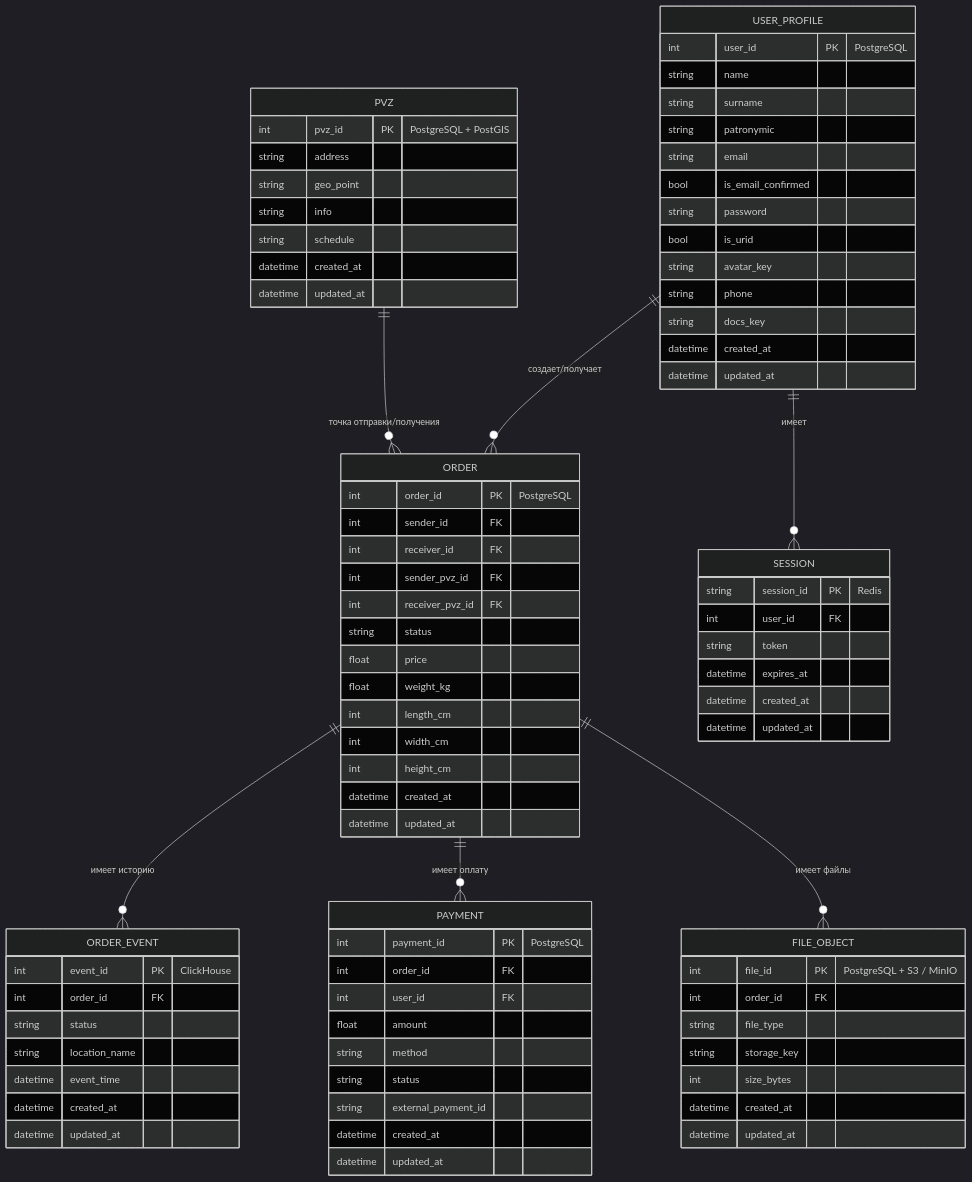
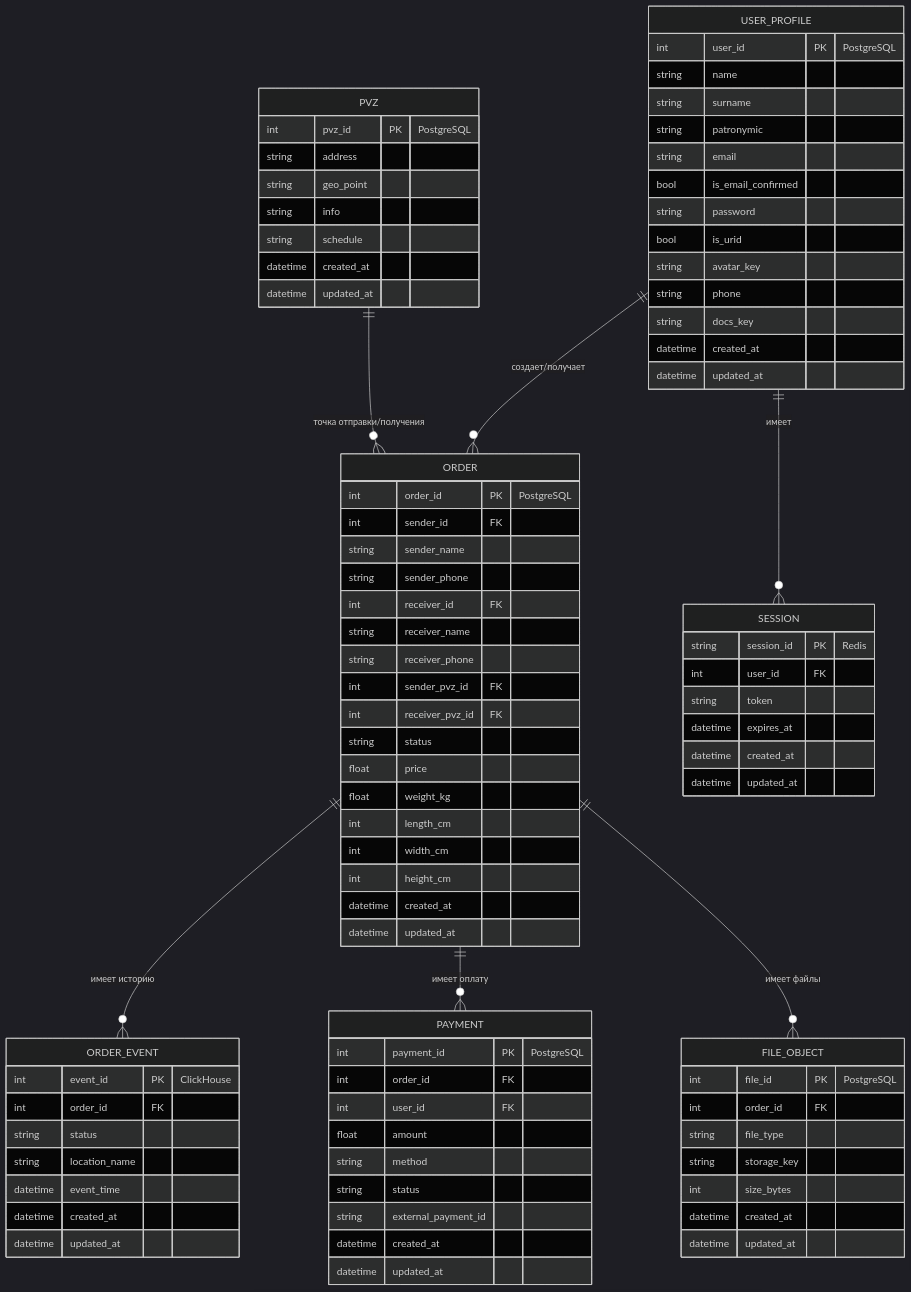
One commit to niggumin/highload changed the second of 3 diagrams in README.md. Above: the diagram before and after it, drawn with Mermaid (dark theme). The commit also changed other lines of this file, not shown here.

```diff
--- a/README.md
+++ b/README.md
@@ -325,7 +330,11 @@
     ORDER {
         int order_id PK "PostgreSQL"
         int sender_id FK
+        string sender_name
+        string sender_phone
         int receiver_id FK
+        string receiver_name
+        string receiver_phone
         int sender_pvz_id FK
         int receiver_pvz_id FK
         string status
@@ -361,7 +370,7 @@
     }
 
     PVZ {
-        int pvz_id PK "PostgreSQL + PostGIS"
+        int pvz_id PK "PostgreSQL"
         string address
         string geo_point
         string info
@@ -380,7 +389,7 @@
     }
 
     FILE_OBJECT {
-        int file_id PK "PostgreSQL + S3 / MinIO"
+        int file_id PK "PostgreSQL"
         int order_id FK
         string file_type
         string storage_key
```
